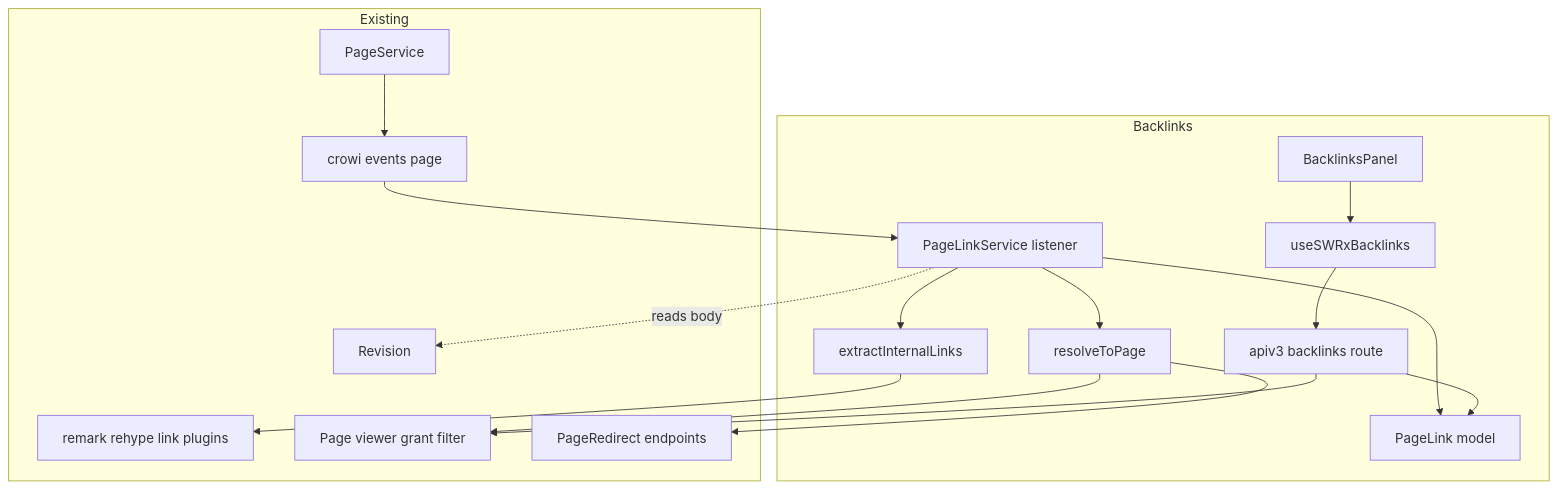
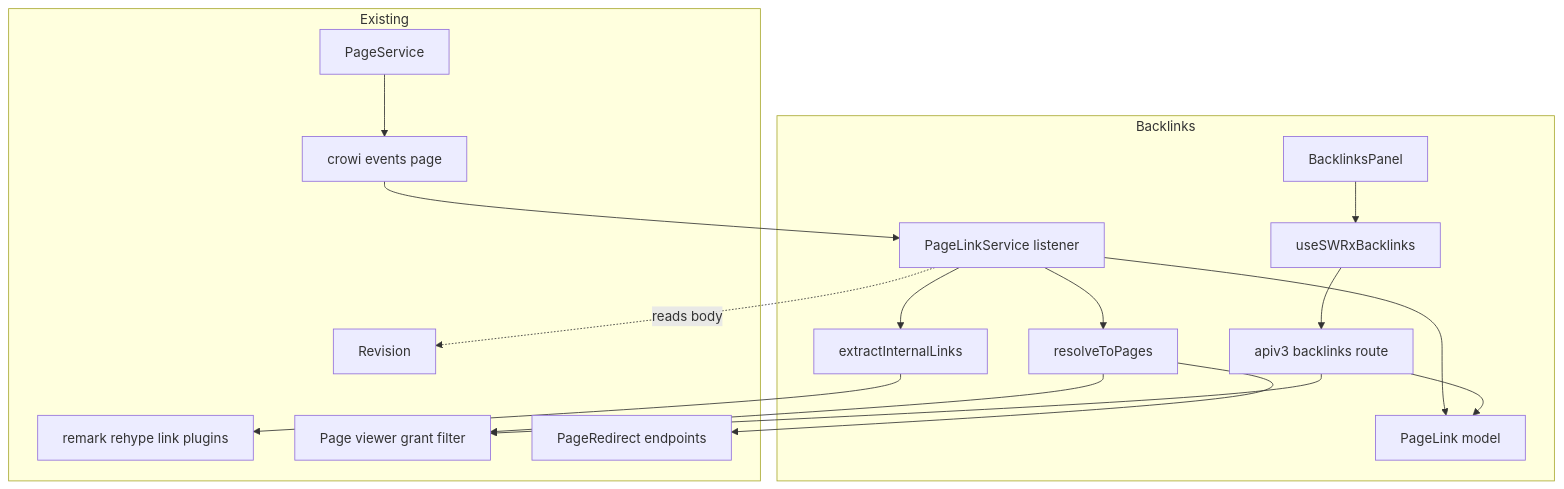
Before and after one commit to growilabs/growi: the first of 5 diagrams in .kiro/specs/backlinks/design.md, drawn with Mermaid. The commit also changed other lines of this file and 3 other files, not shown here.

````diff
--- a/.kiro/specs/backlinks/design.md
+++ b/.kiro/specs/backlinks/design.md
@@ -124,34 +127,34 @@
 ```mermaid
 graph TB
     subgraph Existing
         PageSvc[PageService]
         Bus[crowi events page]
         Render[remark rehype link plugins]
         Grant[Page viewer grant filter]
         Redirect[PageRedirect endpoints]
         Rev[Revision]
     end
     subgraph Backlinks
         Listener[PageLinkService listener]
         Extract[extractInternalLinks]
-        Resolve[resolveToPage]
+        Resolve[resolveToPages]
         Model[PageLink model]
         Route[apiv3 backlinks route]
         Hook[useSWRxBacklinks]
         Panel[BacklinksPanel]
     end
 
     PageSvc --> Bus
     Bus --> Listener
     Listener --> Extract
     Extract --> Render
     Listener --> Resolve
     Resolve --> Redirect
     Resolve --> Grant
     Listener --> Model
     Route --> Model
     Route --> Grant
     Hook --> Route
     Panel --> Hook
     Listener -. reads body .-> Rev
 ```
````
